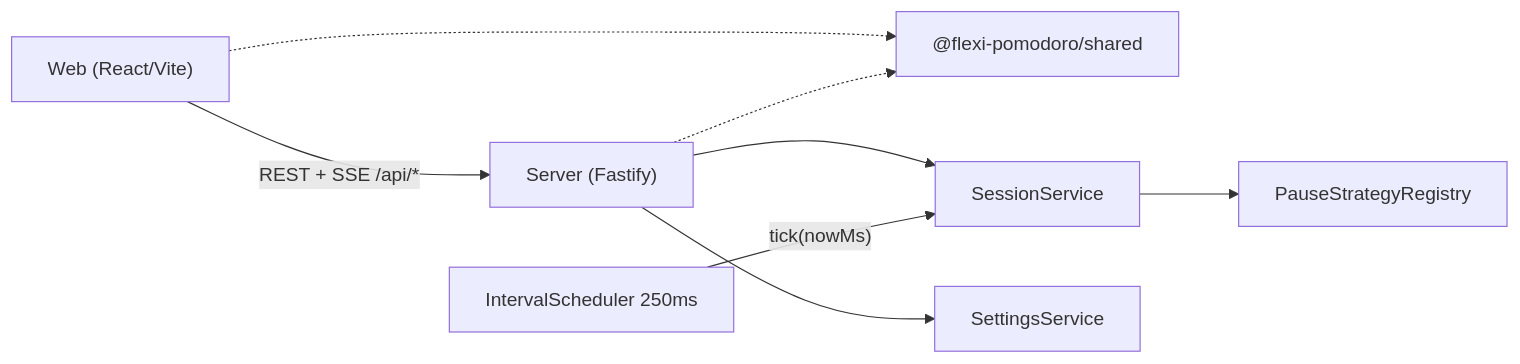
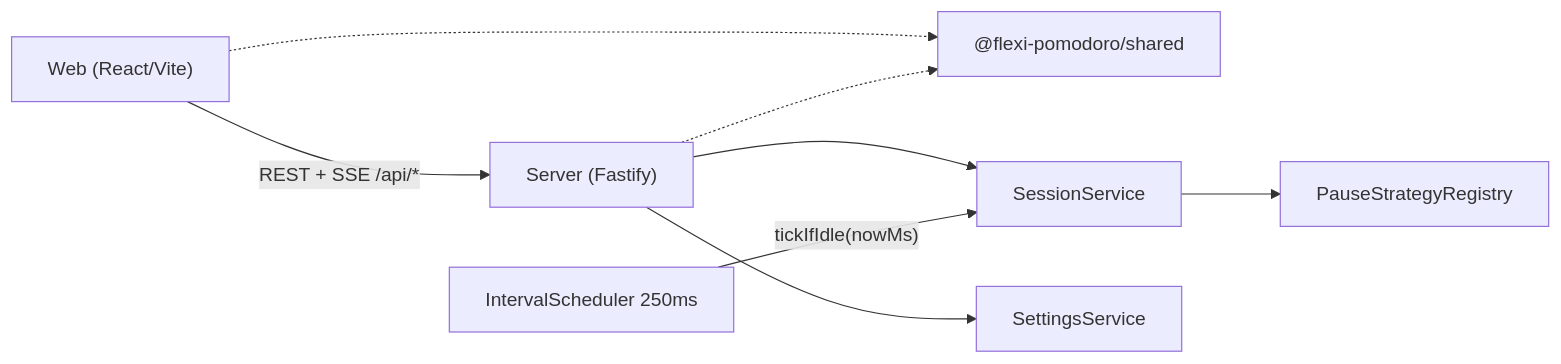
One commit to DKLokeswaran/flexi-pomodoro changed the diagram in docs/README.md. Above: the diagram before and after it, drawn with Mermaid. The commit also changed other lines of this file and 16 other files, not shown here.

First line of the commit message:
Serialize session ticks and commands with AsyncMutex; scheduler uses tickIfIdle.

````diff
--- a/docs/README.md
+++ b/docs/README.md
@@ -42,18 +42,18 @@
 ```mermaid
 flowchart LR
   Browser["Web (React/Vite)"]
   API["Server (Fastify)"]
   Shared["@flexi-pomodoro/shared"]
   Sched["IntervalScheduler 250ms"]
   Sess["SessionService"]
   Sett["SettingsService"]
   Pause["PauseStrategyRegistry"]
 
   Browser -->|"REST + SSE /api/*"| API
   Browser -.-> Shared
   API -.-> Shared
   API --> Sett
   API --> Sess
   Sess --> Pause
-  Sched -->|"tick(nowMs)"| Sess
+  Sched -->|"tickIfIdle(nowMs)"| Sess
 ```
````
